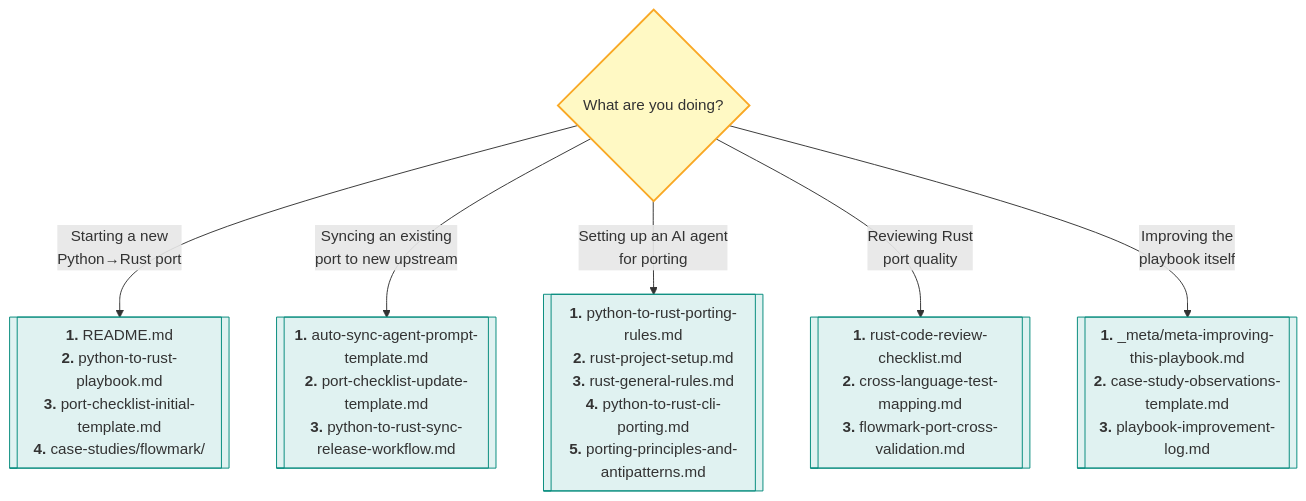
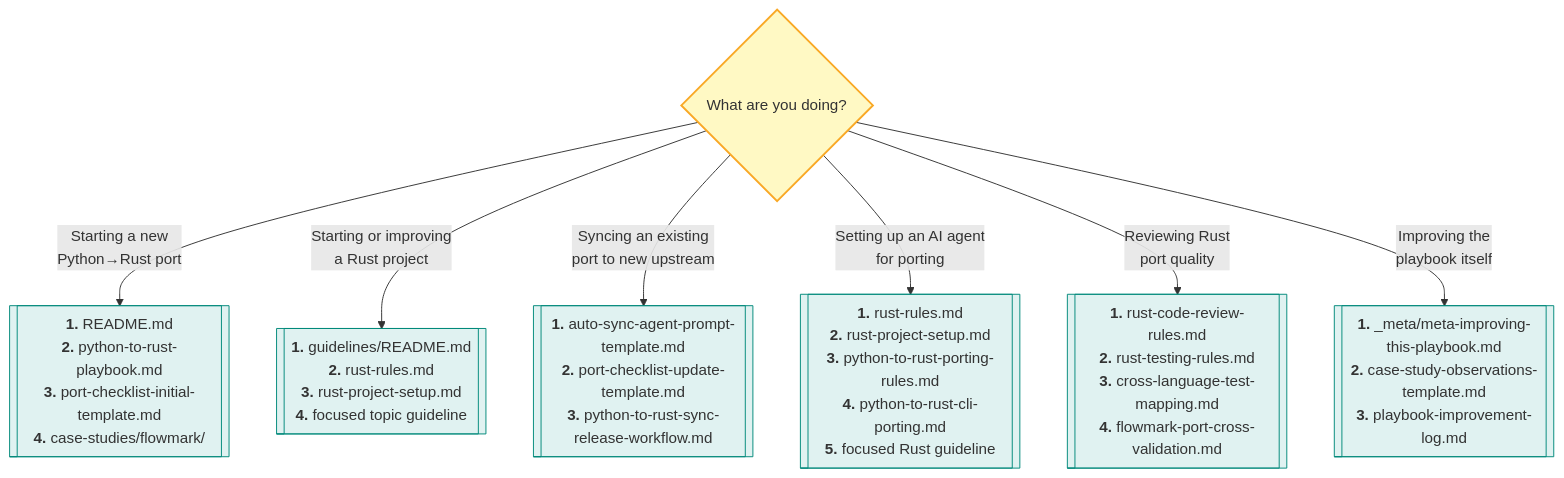
Before and after one commit to jlevy/rust-porting-playbook: the seventh of 8 diagrams in docs/project/playbook-flow-overview.md, drawn with Mermaid. The commit also changed other lines of this file and 33 other files, not shown here.

Commit message:
docs: organize reusable Rust best-practice guidelines

````diff
--- a/docs/project/playbook-flow-overview.md
+++ b/docs/project/playbook-flow-overview.md
@@ -405,27 +420,31 @@
 ```mermaid
 flowchart TD
     WHO{What are you doing?}
 
     WHO -->|"Starting a new<br/>Python→Rust port"| NEW
+    WHO -->|"Starting or improving<br/>a Rust project"| RUST
     WHO -->|"Syncing an existing<br/>port to new upstream"| SYNC
     WHO -->|"Setting up an AI agent<br/>for porting"| AGENT
     WHO -->|"Reviewing Rust<br/>port quality"| QA
     WHO -->|"Improving the<br/>playbook itself"| META_DOCS
 
     NEW[["<b>1.</b> README.md<br/><b>2.</b> python-to-rust-playbook.md<br/><b>3.</b> port-checklist-initial-template.md<br/><b>4.</b> case-studies/flowmark/"]]
 
+    RUST[["<b>1.</b> guidelines/README.md<br/><b>2.</b> rust-rules.md<br/><b>3.</b> rust-project-setup.md<br/><b>4.</b> focused topic guideline"]]
+
     SYNC[["<b>1.</b> auto-sync-agent-prompt-template.md<br/><b>2.</b> port-checklist-update-template.md<br/><b>3.</b> python-to-rust-sync-release-workflow.md"]]
 
-    AGENT[["<b>1.</b> python-to-rust-porting-rules.md<br/><b>2.</b> rust-project-setup.md<br/><b>3.</b> rust-general-rules.md<br/><b>4.</b> python-to-rust-cli-porting.md<br/><b>5.</b> porting-principles-and-antipatterns.md"]]
+    AGENT[["<b>1.</b> rust-rules.md<br/><b>2.</b> rust-project-setup.md<br/><b>3.</b> python-to-rust-porting-rules.md<br/><b>4.</b> python-to-rust-cli-porting.md<br/><b>5.</b> focused Rust guideline"]]
 
-    QA[["<b>1.</b> rust-code-review-checklist.md<br/><b>2.</b> cross-language-test-mapping.md<br/><b>3.</b> flowmark-port-cross-validation.md"]]
+    QA[["<b>1.</b> rust-code-review-rules.md<br/><b>2.</b> rust-testing-rules.md<br/><b>3.</b> cross-language-test-mapping.md<br/><b>4.</b> flowmark-port-cross-validation.md"]]
 
     META_DOCS[["<b>1.</b> _meta/meta-improving-this-playbook.md<br/><b>2.</b> case-study-observations-template.md<br/><b>3.</b> playbook-improvement-log.md"]]
 
     style WHO fill:#fff9c4,stroke:#F9A825,stroke-width:2px
     style NEW fill:#e0f2f1,stroke:#00897B
+    style RUST fill:#e0f2f1,stroke:#00897B
     style SYNC fill:#e0f2f1,stroke:#00897B
     style AGENT fill:#e0f2f1,stroke:#00897B
     style QA fill:#e0f2f1,stroke:#00897B
     style META_DOCS fill:#e0f2f1,stroke:#00897B
 ```
````
